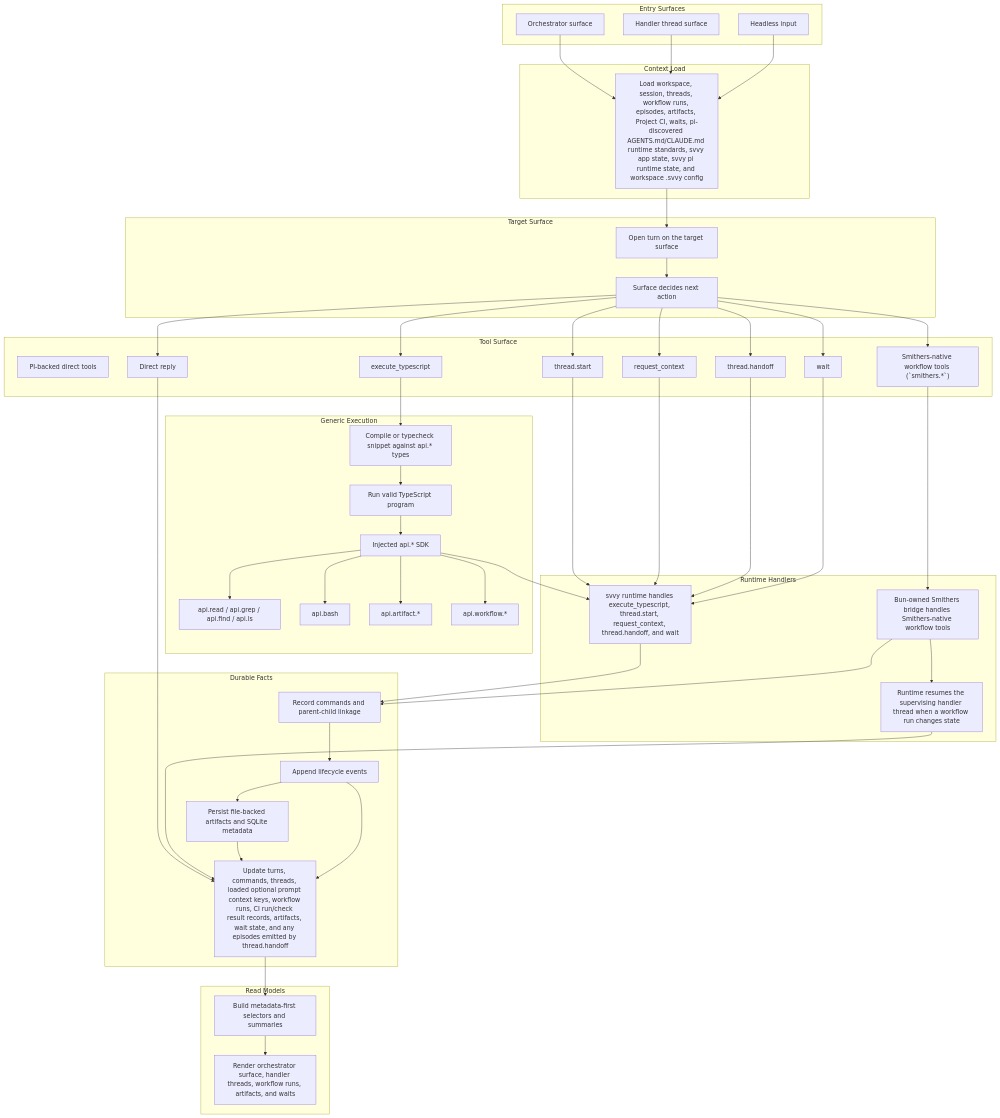
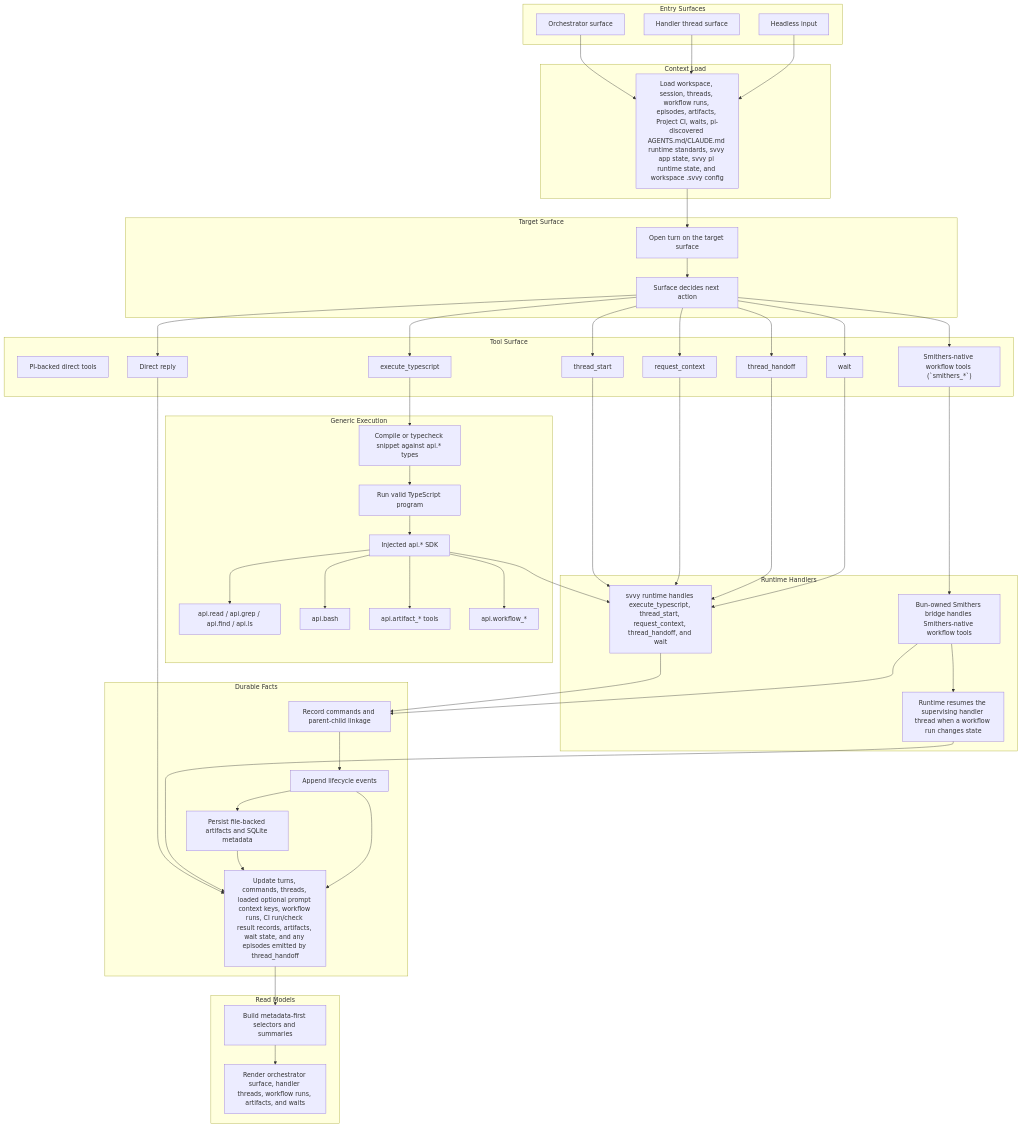
One commit to 0xpolarzero/svvy changed the diagram in docs/execution-model.md. Above: the diagram before and after it, drawn with Mermaid. The commit also changed other lines of this file and 83 other files, not shown here.

```diff
--- a/docs/execution-model.md
+++ b/docs/execution-model.md
@@ -47,10 +47,10 @@
     subgraph Tools["Tool Surface"]
         DirectTools["PI-backed direct tools"]
         Generic["execute_typescript"]
-        ThreadStart["thread.start"]
+        ThreadStart["thread_start"]
         RequestContext["request_context"]
-        ThreadHandoff["thread.handoff"]
-        SmithersTools["Smithers-native workflow tools (`smithers.*`)"]
+        ThreadHandoff["thread_handoff"]
+        SmithersTools["Smithers-native workflow tools (`smithers_*`)"]
         Wait["wait"]
         DirectReply["Direct reply"]
     end
@@ -61,12 +61,12 @@
         Api["Injected api.* SDK"]
         ApiRead["api.read / api.grep / api.find / api.ls"]
         ApiBash["api.bash"]
-        ApiArtifact["api.artifact.*"]
-        ApiWorkflow["api.workflow.*"]
+        ApiArtifact["api.artifact_* tools"]
+        ApiWorkflow["api.workflow_*"]
     end
 
     subgraph Runtime["Runtime Handlers"]
-        RuntimeHandler["svvy runtime handles execute_typescript, thread.start, request_context, thread.handoff, and wait"]
+        RuntimeHandler["svvy runtime handles execute_typescript, thread_start, request_context, thread_handoff, and wait"]
         SmithersBridge["Bun-owned Smithers bridge handles Smithers-native workflow tools"]
         ResumeHandler["Runtime resumes the supervising handler thread when a workflow run changes state"]
     end
@@ -75,7 +75,7 @@
         Commands["Record commands and parent-child linkage"]
         Events["Append lifecycle events"]
         Artifacts["Persist file-backed artifacts and SQLite metadata"]
-        State["Update turns, commands, threads, loaded optional prompt context keys, workflow runs, CI run/check result records, artifacts, wait state, and any episodes emitted by thread.handoff"]
+        State["Update turns, commands, threads, loaded optional prompt context keys, workflow runs, CI run/check result records, artifacts, wait state, and any episodes emitted by thread_handoff"]
     end
 
     subgraph ReadModels["Read Models"]
```
